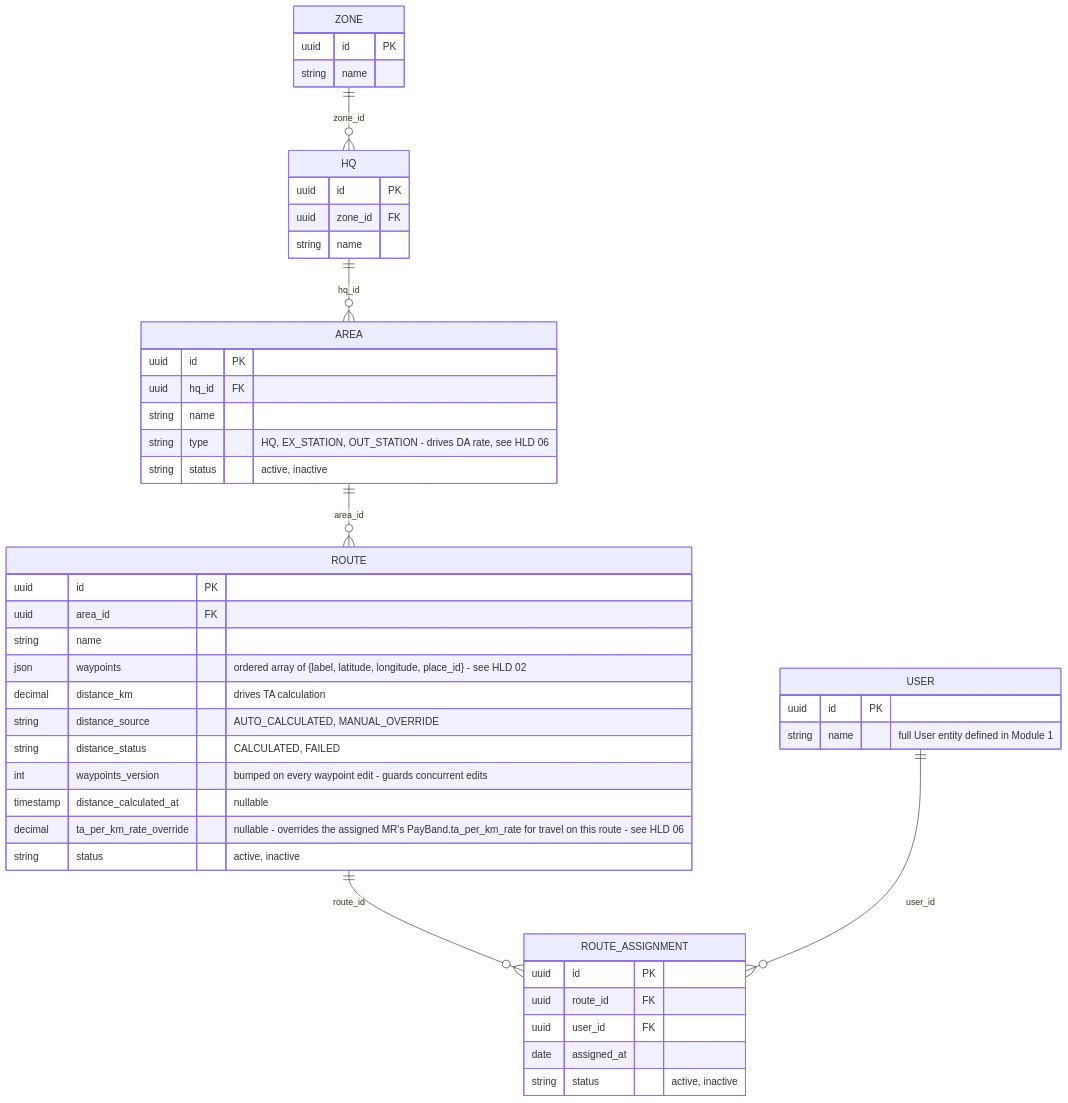
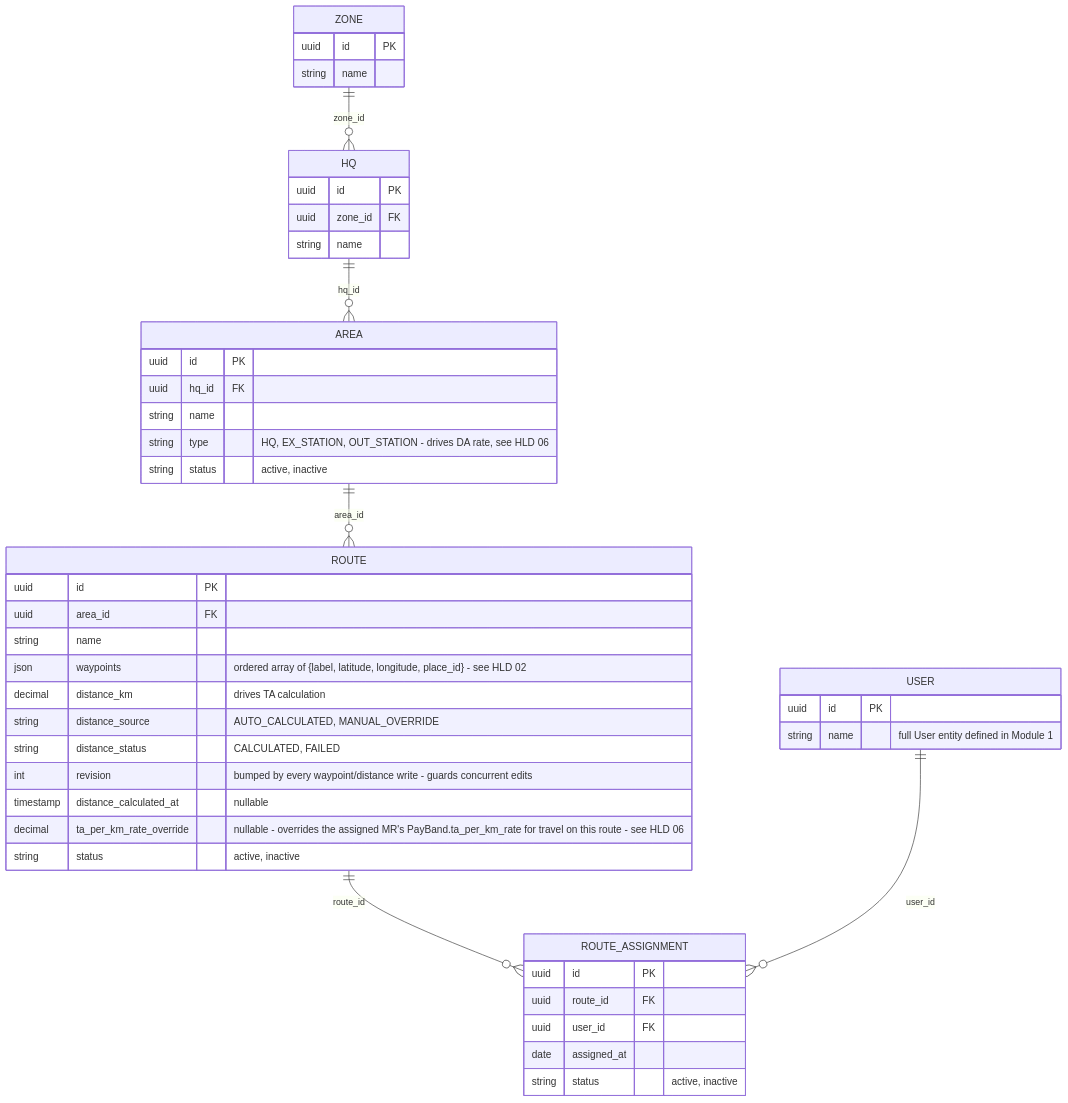
Before and after one commit to reboot-ai-private-limited/greynote: the diagram in docs/erd/02-territory-master.md, drawn with Mermaid. The commit also changed 35 other files, not shown here.

````diff
--- a/docs/erd/02-territory-master.md
+++ b/docs/erd/02-territory-master.md
@@ -8,49 +8,49 @@
 ```mermaid
 erDiagram
     USER {
         uuid id PK
         string name "full User entity defined in Module 1"
     }
     ZONE {
         uuid id PK
         string name
     }
     HQ {
         uuid id PK
         uuid zone_id FK
         string name
     }
     AREA {
         uuid id PK
         uuid hq_id FK
         string name
         string type "HQ, EX_STATION, OUT_STATION - drives DA rate, see HLD 06"
         string status "active, inactive"
     }
     ROUTE {
         uuid id PK
         uuid area_id FK
         string name
         json waypoints "ordered array of {label, latitude, longitude, place_id} - see HLD 02"
         decimal distance_km "drives TA calculation"
         string distance_source "AUTO_CALCULATED, MANUAL_OVERRIDE"
         string distance_status "CALCULATED, FAILED"
-        int waypoints_version "bumped on every waypoint edit - guards concurrent edits"
+        int revision "bumped by every waypoint/distance write - guards concurrent edits"
         timestamp distance_calculated_at "nullable"
         decimal ta_per_km_rate_override "nullable - overrides the assigned MR's PayBand.ta_per_km_rate for travel on this route - see HLD 06"
         string status "active, inactive"
     }
     ROUTE_ASSIGNMENT {
         uuid id PK
         uuid route_id FK
         uuid user_id FK
         date assigned_at
         string status "active, inactive"
     }
 
     ZONE ||--o{ HQ : "zone_id"
     HQ ||--o{ AREA : "hq_id"
     AREA ||--o{ ROUTE : "area_id"
     ROUTE ||--o{ ROUTE_ASSIGNMENT : "route_id"
     USER ||--o{ ROUTE_ASSIGNMENT : "user_id"
 ```
````
